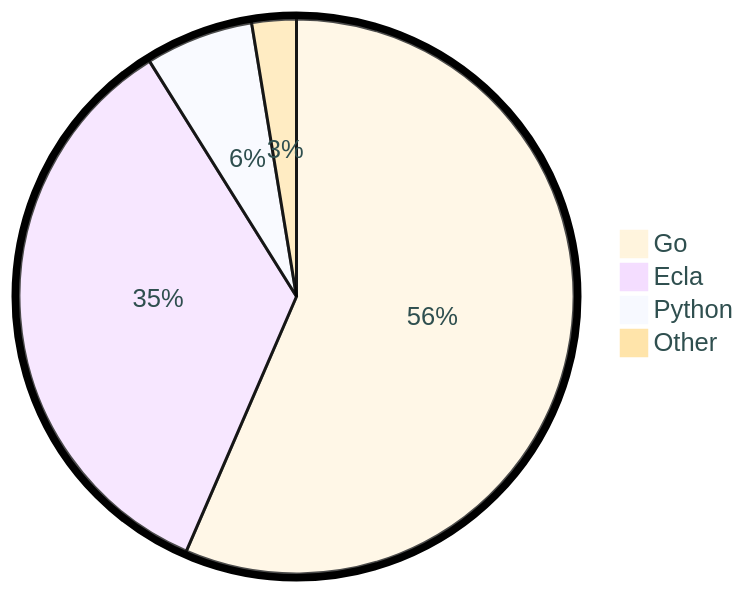
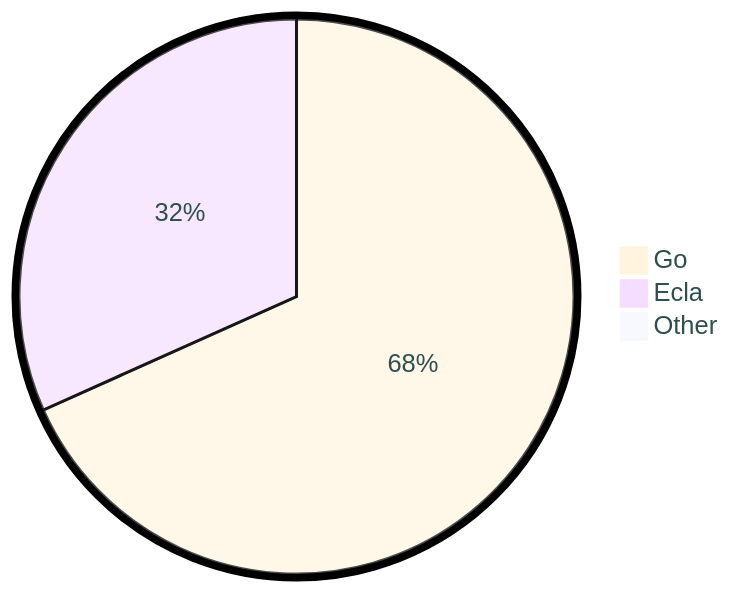
Before and after one commit to tot0p/tot0p: the diagram in README.md, drawn with Mermaid. The commit also changed other lines of this file, not shown here.

````diff
--- a/README.md
+++ b/README.md
@@ -79,8 +81,7 @@
 ```mermaid
 %%{init: {"pie": {"textPosition": 0.5}, "themeVariables": {"pieOuterStrokeWidth": "5px","primaryTextColor" : "#2F4F4F"},"theme":"base"} }%%
 pie
-	"Go": 56.51
-	"Ecla": 34.62
-	"Python": 6.3
-	"Other": 2.59
+	"Go": 68.15
+	"Ecla": 31.64
+	"Other": 0.21000000000000005
 ```
````
